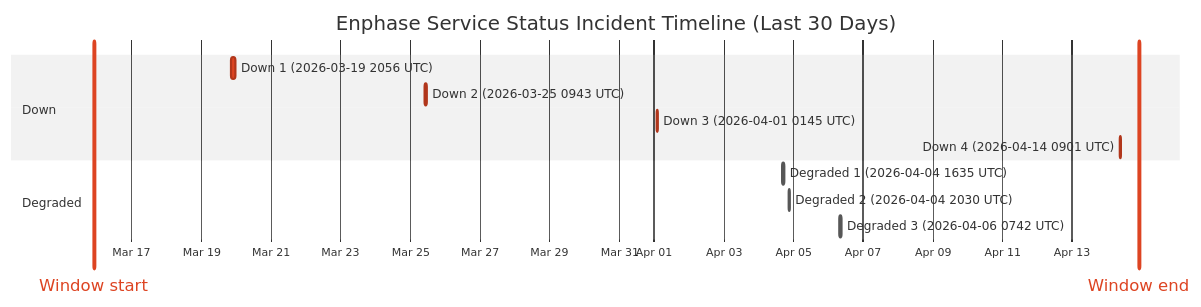
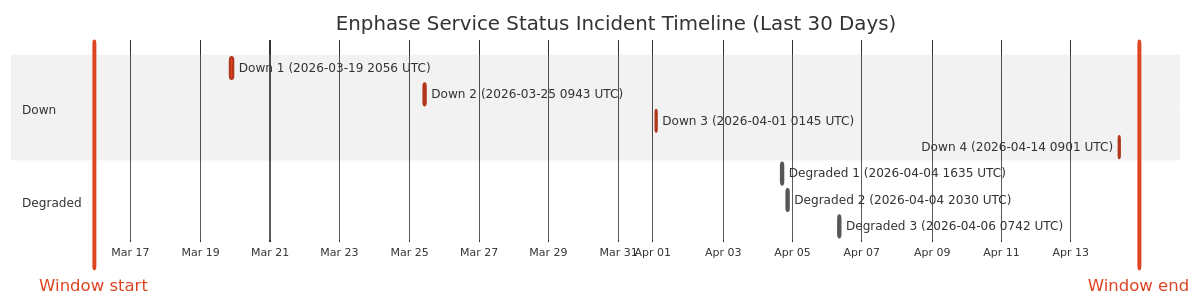
One commit to barneyonline/ha-enphase-ev-charger changed the diagram in wiki/Service-Status-History.md. Above: the diagram before and after it, drawn with Mermaid (neutral theme). The commit also changed other lines of this file and 3 other files, not shown here.

````diff
--- a/wiki/Service-Status-History.md
+++ b/wiki/Service-Status-History.md
@@ -14,17 +14,17 @@
 ```mermaid
 gantt
     title Enphase Service Status Incident Timeline (Last 30 Days)
     dateFormat  YYYY-MM-DDTHH:mm:ss
     axisFormat  %b %d
-    Window start :vert, window-start, 2026-03-15T21:51:42, 0ms
-    Window end :vert, window-end, 2026-04-14T21:51:42, 0ms
+    Window start :vert, window-start, 2026-03-15T22:43:55, 0ms
+    Window end :vert, window-end, 2026-04-14T22:43:55, 0ms
     section Down
     Down 1 (2026-03-19 2056 UTC) :crit, down-1, 2026-03-19T20:56:20, 145m
     Down 2 (2026-03-25 0943 UTC) :crit, down-2, 2026-03-25T09:43:28, 111m
     Down 3 (2026-04-01 0145 UTC) :crit, down-3, 2026-04-01T01:45:09, 60m
     Down 4 (2026-04-14 0901 UTC) :crit, down-4, 2026-04-14T09:01:13, 60m
     section Degraded
     Degraded 1 (2026-04-04 1635 UTC) :active, degraded-1, 2026-04-04T16:35:17, 60m
     Degraded 2 (2026-04-04 2030 UTC) :active, degraded-2, 2026-04-04T20:30:40, 60m
     Degraded 3 (2026-04-06 0742 UTC) :active, degraded-3, 2026-04-06T07:42:09, 85m
 ```
````
